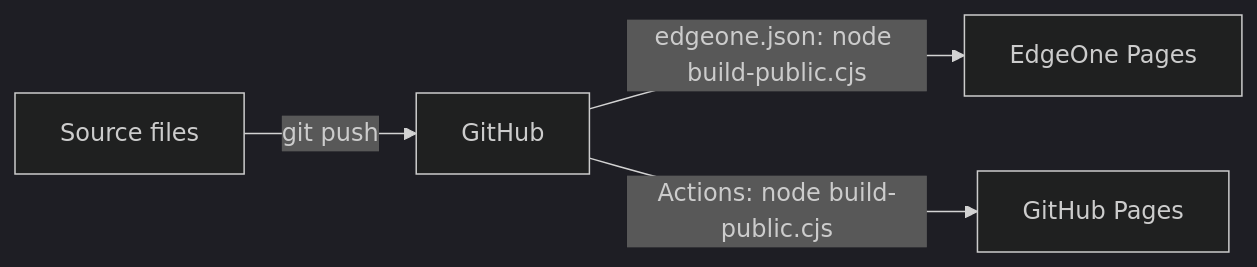
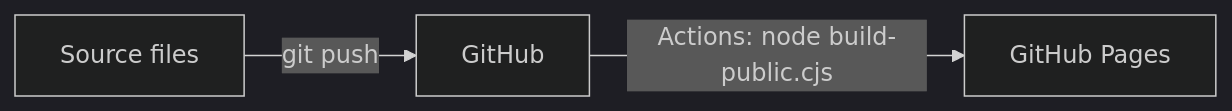
One commit to wdz288-97/working-notes changed the diagram in README.md. Above: the diagram before and after it, drawn with Mermaid (dark theme). The commit also changed other lines of this file and 3 other files, not shown here.

First line of the commit message:
chore: remove EdgeOne Pages, keep GitHub Pages as the only host

````diff
--- a/README.md
+++ b/README.md
@@ -51,6 +50,5 @@
 ```mermaid
 flowchart LR
   S[Source files] -->|git push| G[GitHub]
-  G -->|edgeone.json: node build-public.cjs| E[EdgeOne Pages]
   G -->|Actions: node build-public.cjs| H[GitHub Pages]
 ```
````
